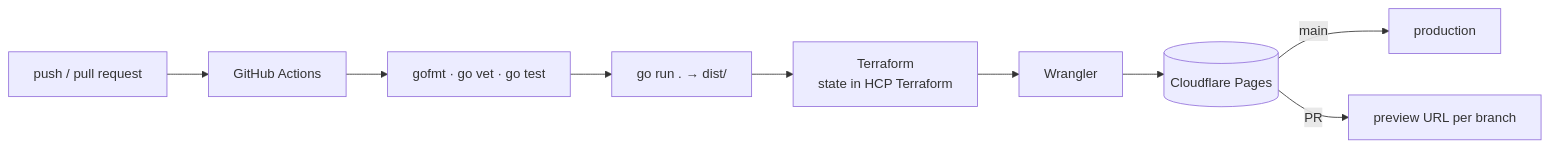
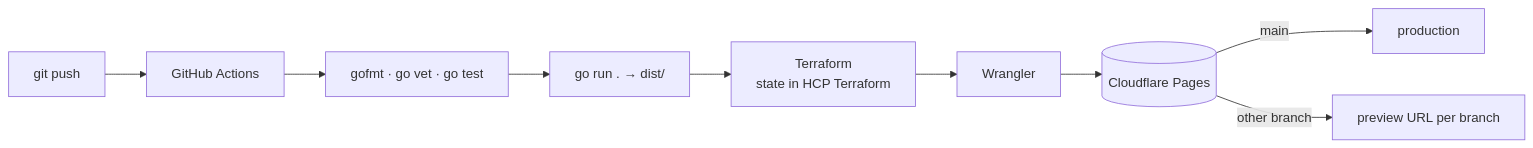
The diagram in README.md (AlexDBdevops/OminousEyeCV), drawn with Mermaid before and after one commit. The commit also changed other lines of this file and 3 other files, not shown here.

Commit message:
Preview any branch without a pull request; cleanup keeps previews of existing branches

````diff
--- a/README.md
+++ b/README.md
@@ -14,11 +14,11 @@
 ```mermaid
 flowchart LR
-    dev[push / pull request] --> gha[GitHub Actions]
+    dev[git push] --> gha[GitHub Actions]
     gha --> q[gofmt · go vet · go test]
     q --> build[go run . → dist/]
     build --> tf[Terraform<br/>state in HCP Terraform]
     tf --> wr[Wrangler]
     wr --> cf[(Cloudflare Pages)]
     cf -->|main| prod[production]
-    cf -->|PR| prev[preview URL per branch]
+    cf -->|other branch| prev[preview URL per branch]
 ```
````
